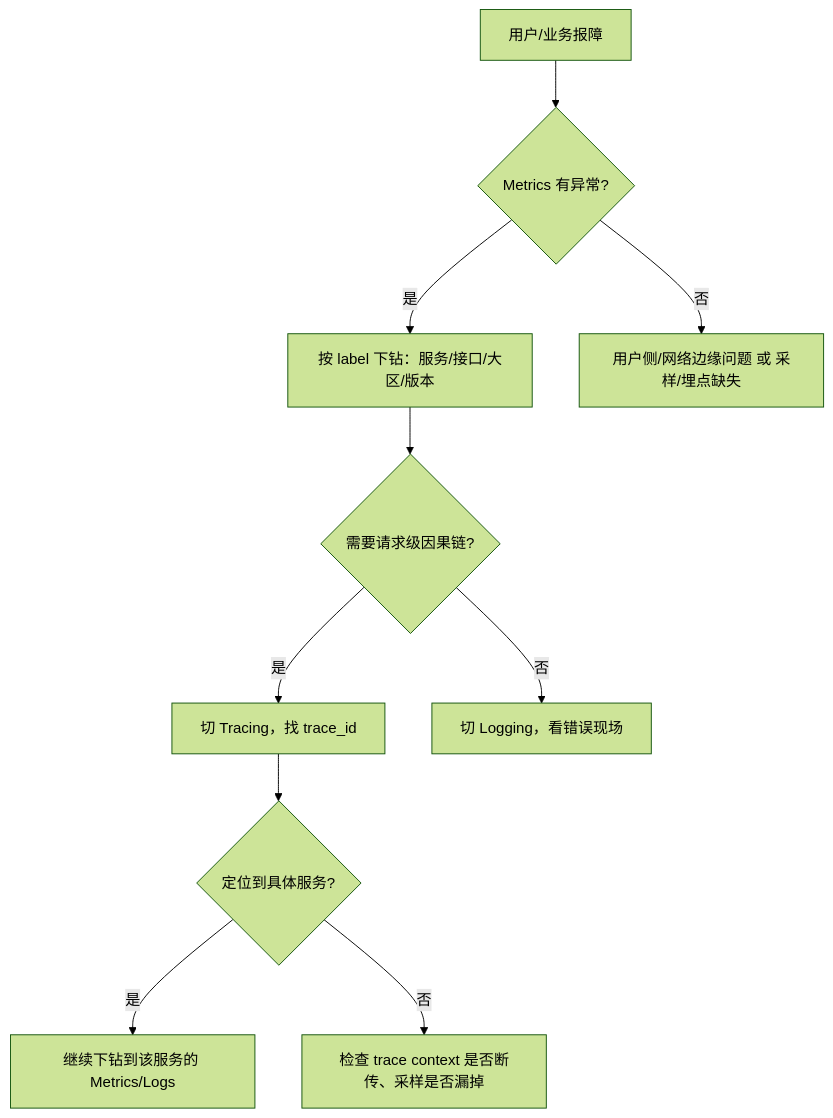
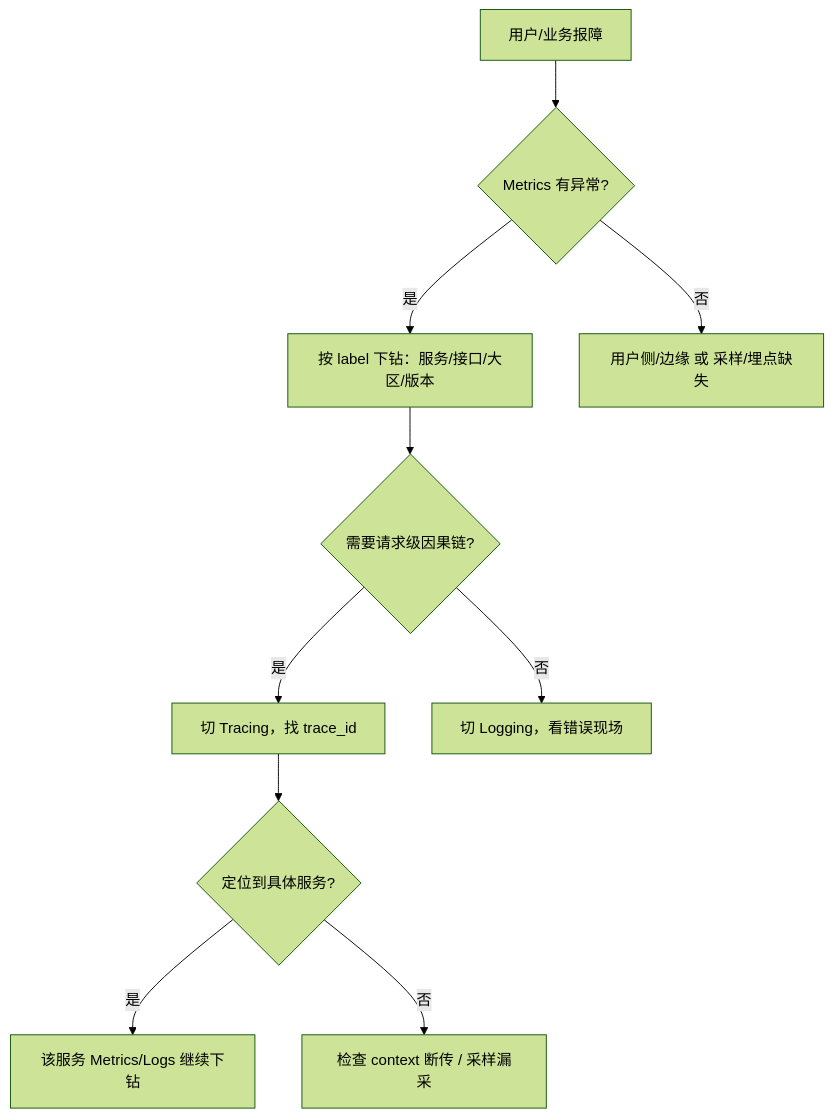
The fifth of 5 diagrams in 09-可观测性与SRE方法论/01-可观测性三件套与选型/知识点.md (ml-cuizijun/LearnToLilith), drawn with Mermaid (forest theme) before and after one commit. The commit also changed other lines of this file and 178 other files, not shown here.

````diff
--- a/09-可观测性与SRE方法论/01-可观测性三件套与选型/知识点.md
+++ b/09-可观测性与SRE方法论/01-可观测性三件套与选型/知识点.md
@@ -421,12 +391,12 @@
 ```mermaid
 flowchart TD
     A["用户/业务报障"] --> B{"Metrics 有异常?"}
     B -->|是| C["按 label 下钻：服务/接口/大区/版本"]
-    B -->|否| D["用户侧/网络边缘问题 或 采样/埋点缺失"]
+    B -->|否| D["用户侧/边缘 或 采样/埋点缺失"]
     C --> E{"需要请求级因果链?"}
     E -->|是| F["切 Tracing，找 trace_id"]
     E -->|否| G["切 Logging，看错误现场"]
     F --> H{"定位到具体服务?"}
-    H -->|是| I["继续下钻到该服务的 Metrics/Logs"]
-    H -->|否| J["检查 trace context 是否断传、采样是否漏掉"]
+    H -->|是| I["该服务 Metrics/Logs 继续下钻"]
+    H -->|否| J["检查 context 断传 / 采样漏采"]
 ```
````
